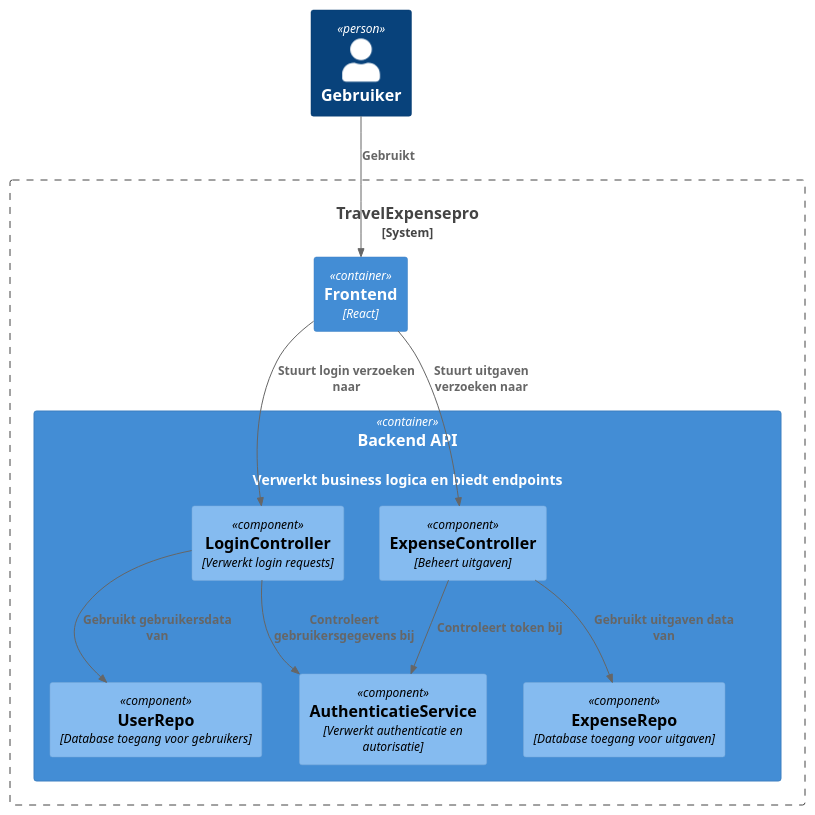
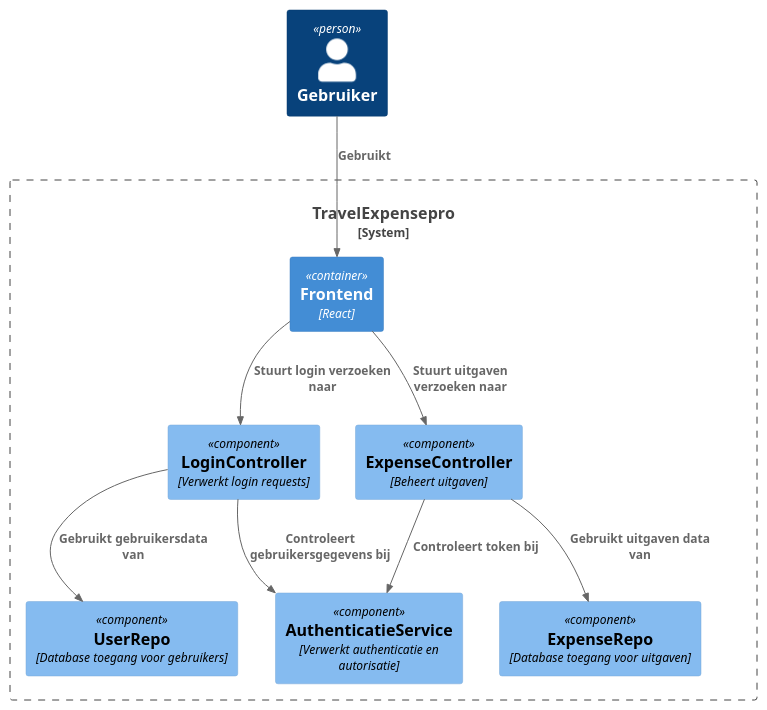
The diagram in Marijn/containterfswd.puml (AIM-ENE-feb25/triptop-dravende-dikdiks), drawn with PlantUML before and after one commit. The commit also changed 1 other file, not shown here.

```diff
--- a/Marijn/containterfswd.puml
+++ b/Marijn/containterfswd.puml
@@ -1,25 +1,23 @@
 @startuml
 !include https://raw.githubusercontent.com/plantuml-stdlib/C4-PlantUML/master/C4_Component.puml
 
 Person(user, "Gebruiker")
 
 System_Boundary(travelSys, "TravelExpensepro") {
     Container(webApp, "Frontend", "React", "")
-    Container(api, "Backend API", "", "Verwerkt business logica en biedt endpoints") {
-        Component(loginController, "LoginController", "Verwerkt login requests")
-        Component(expenseController, "ExpenseController", "Beheert uitgaven")
-        Component(authService, "AuthenticatieService", "Verwerkt authenticatie en autorisatie")
-        Component(userRepo, "UserRepo", "Database toegang voor gebruikers")
-        Component(expenseRepo, "ExpenseRepo", "Database toegang voor uitgaven")
-    }
+    Component(loginController, "LoginController", "Verwerkt login requests")
+    Component(expenseController, "ExpenseController", "Beheert uitgaven")
+    Component(authService, "AuthenticatieService", "Verwerkt authenticatie en autorisatie")
+    Component(userRepo, "UserRepo", "Database toegang voor gebruikers")
+    Component(expenseRepo, "ExpenseRepo", "Database toegang voor uitgaven")
 }
 
 Rel(user, webApp, "Gebruikt")
 Rel(webApp, loginController, "Stuurt login verzoeken naar")
 Rel(webApp, expenseController, "Stuurt uitgaven verzoeken naar")
 Rel(loginController, authService, "Controleert gebruikersgegevens bij")
 Rel(loginController, userRepo, "Gebruikt gebruikersdata van")
 Rel(expenseController, authService, "Controleert token bij")
 Rel(expenseController, expenseRepo, "Gebruikt uitgaven data van")
 
 @enduml
```
